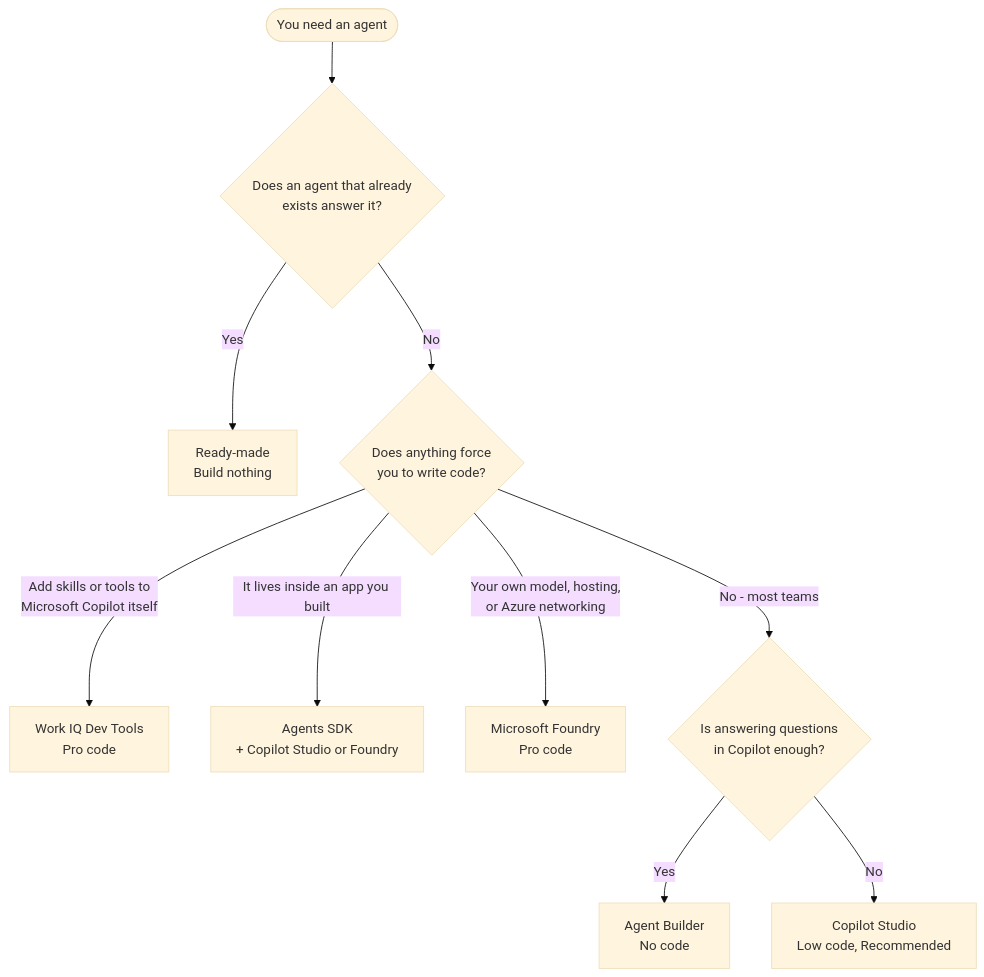
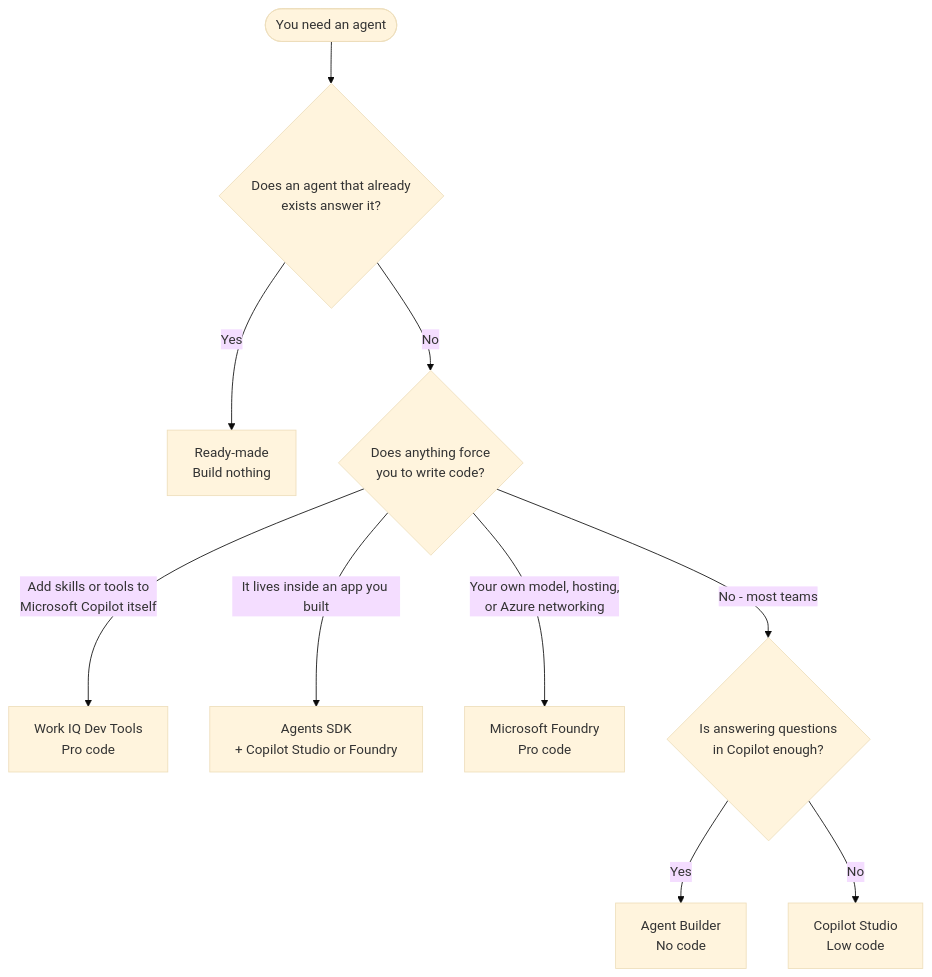
The diagram in public/uploads/rules/ai-agent-platform/rule.mdx (SSWConsulting/SSW.Rules.Content), drawn with Mermaid (base theme) before and after one commit. The commit also changed other lines of this file, not shown here.

````diff
--- a/public/uploads/rules/ai-agent-platform/rule.mdx
+++ b/public/uploads/rules/ai-agent-platform/rule.mdx
@@ -50,12 +46,12 @@
 ```mermaid
 flowchart TD
     Start(["You need an agent"]) --> Q0{"Does an agent that already<br>exists answer it?"}
     Q0 -->|Yes| RM["Ready-made<br>Build nothing"]
     Q0 -->|No| Q1{"Does anything force<br>you to write code?"}
     Q1 -->|"Add skills or tools to<br>Microsoft Copilot itself"| TK["Work IQ Dev Tools<br>Pro code"]
     Q1 -->|"It lives inside an app you built"| SDK["Agents SDK<br>+ Copilot Studio or Foundry"]
     Q1 -->|"Your own model, hosting,<br>or Azure networking"| FD["Microsoft Foundry<br>Pro code"]
     Q1 -->|"No - most teams"| Q2{"Is answering questions<br>in Copilot enough?"}
     Q2 -->|Yes| AB["Agent Builder<br>No code"]
-    Q2 -->|No| CS["Copilot Studio<br>Low code, Recommended"]
+    Q2 -->|No| CS["Copilot Studio<br>Low code"]
 ```
````
